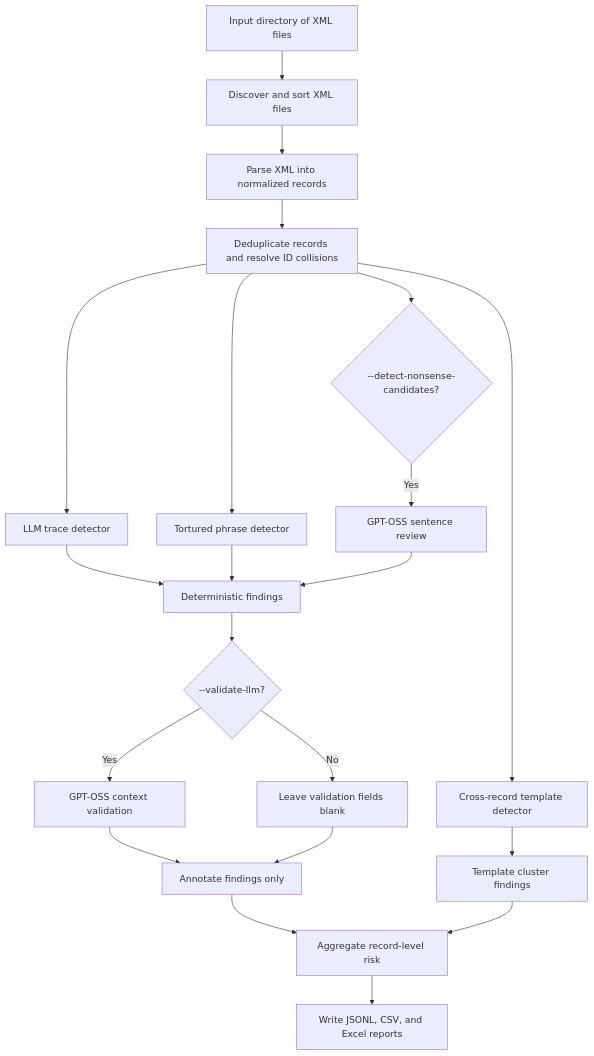
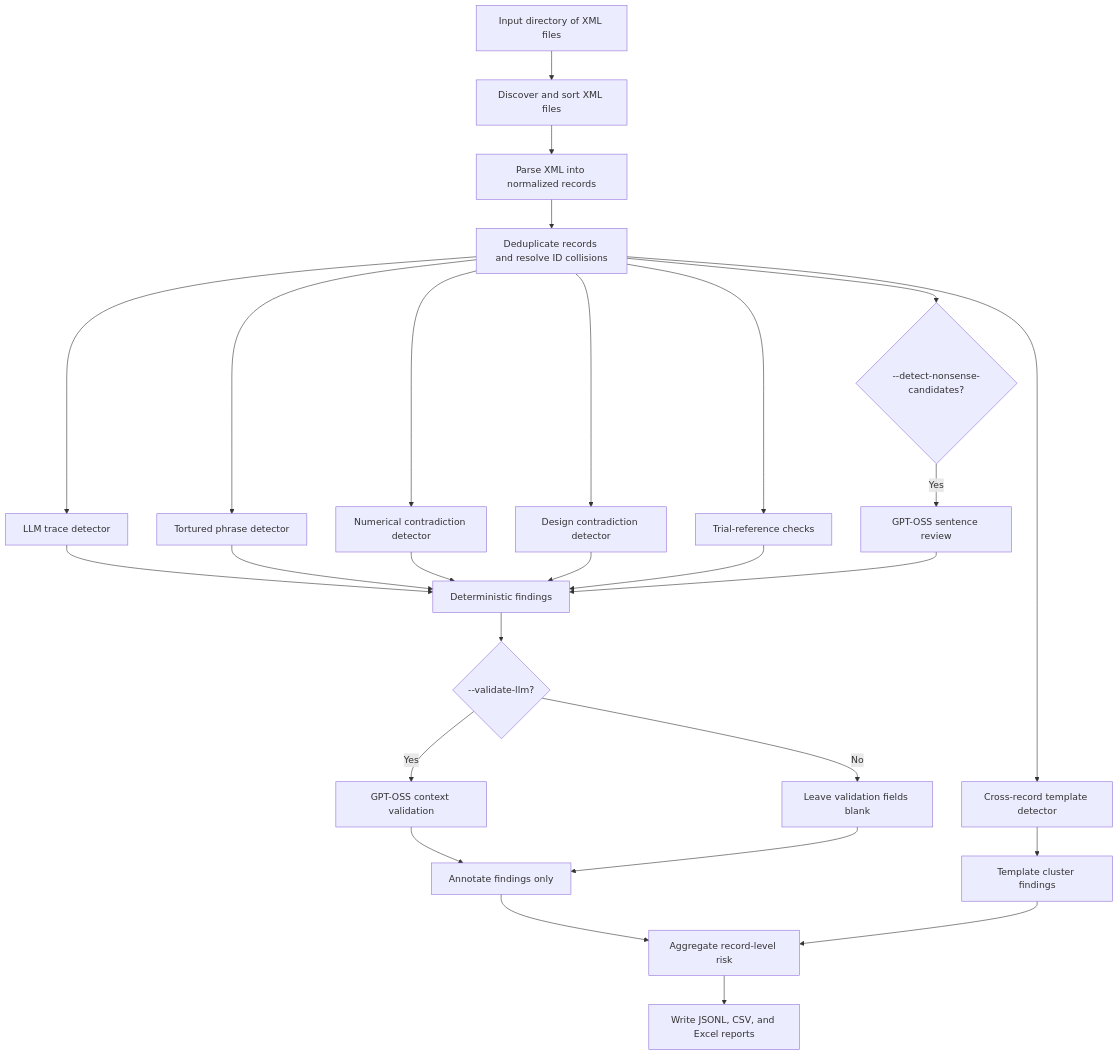
One commit to pavan-182/content_integrity_checks changed the diagram in docs/pipeline_workflow.md. Above: the diagram before and after it, drawn with Mermaid. The commit also changed other lines of this file and 18 other files, not shown here.

````diff
--- a/docs/pipeline_workflow.md
+++ b/docs/pipeline_workflow.md
@@ -24,23 +24,29 @@
 ```mermaid
 flowchart TD
     A[Input directory of XML files] --> B[Discover and sort XML files]
     B --> C[Parse XML into normalized records]
     C --> D[Deduplicate records and resolve ID collisions]
     D --> E1[LLM trace detector]
     D --> E2[Tortured phrase detector]
     D --> E3[Cross-record template detector]
     D --> E4{--detect-nonsense-candidates?}
+    D --> E5[Numerical contradiction detector]
+    D --> E6[Design contradiction detector]
+    D --> E7[Trial-reference checks]
     E1 --> F[Deterministic findings]
     E2 --> F
+    E5 --> F
+    E6 --> F
+    E7 --> F
     E4 -- Yes --> N[GPT-OSS sentence review]
     N --> F
     F --> G{--validate-llm?}
     G -- Yes --> H[GPT-OSS context validation]
     G -- No --> I[Leave validation fields blank]
     H --> J[Annotate findings only]
     I --> J
     E3 --> K[Template cluster findings]
     J --> L[Aggregate record-level risk]
     K --> L
     L --> M[Write JSONL, CSV, and Excel reports]
 ```
````
